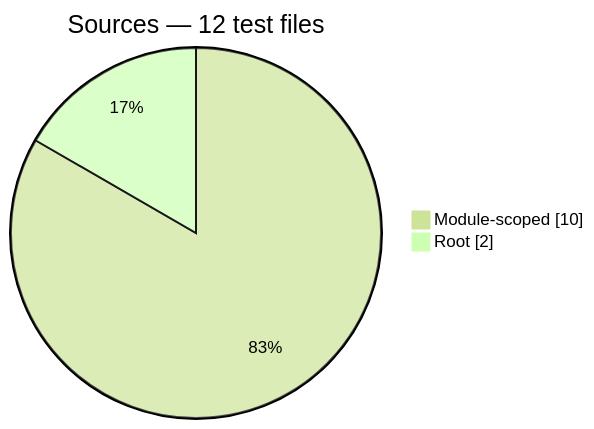
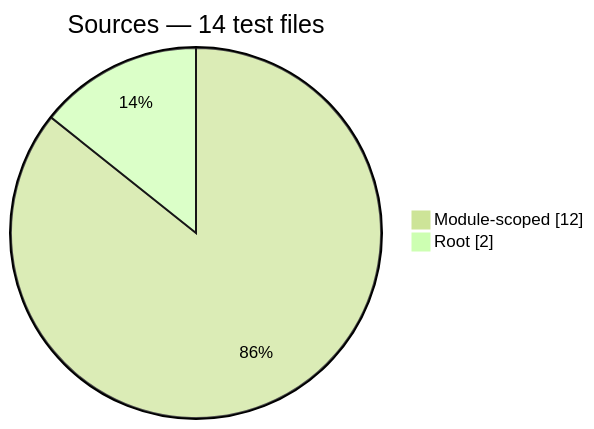
Before and after one commit to PHP-Arazzo/php-arazzo: the fifth of 13 diagrams in docs/generated/test-composition.md, drawn with Mermaid (forest theme). The commit also changed other lines of this file and 30 other files, not shown here.

````diff
--- a/docs/generated/test-composition.md
+++ b/docs/generated/test-composition.md
@@ -76,6 +76,6 @@
 ```mermaid
 pie showData
-    title Sources — 12 test files
-    "Module-scoped": 10
+    title Sources — 14 test files
+    "Module-scoped": 12
     "Root": 2
 ```
````
